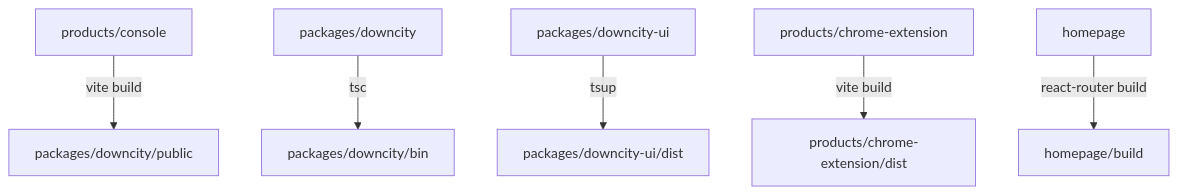
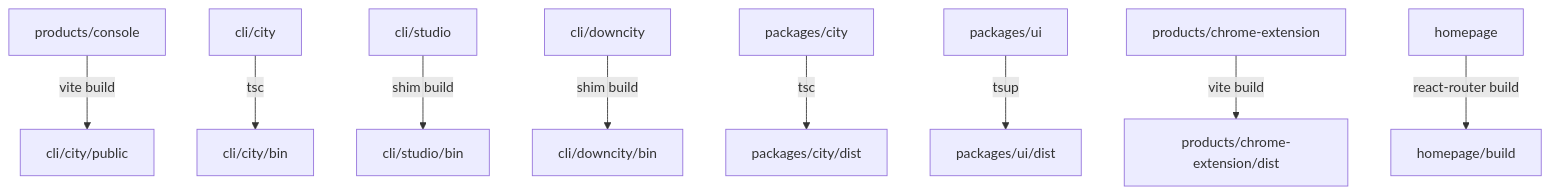
Before and after one commit to wangenius/downcity: the third of 4 diagrams in homepage/content/devdocs/zh/architecture/workspace-package-structure.mdx, drawn with Mermaid. The commit also changed other lines of this file and 278 other files, not shown here.

Commit message:
refactor(cli): split terminal packages

````diff
--- a/homepage/content/devdocs/zh/architecture/workspace-package-structure.mdx
+++ b/homepage/content/devdocs/zh/architecture/workspace-package-structure.mdx
@@ -107,8 +131,11 @@
 ```mermaid
 flowchart TD
-    ConsoleSrc["products/console"] -- vite build --> ConsolePublic["packages/downcity/public"]
-    RuntimeSrc["packages/downcity"] -- tsc --> RuntimeBin["packages/downcity/bin"]
-    UISrc["packages/downcity-ui"] -- tsup --> UIDist["packages/downcity-ui/dist"]
+    ConsoleSrc["products/console"] -- vite build --> ConsolePublic["cli/city/public"]
+    CityCliSrc["cli/city"] -- tsc --> CityCliBin["cli/city/bin"]
+    StudioCliSrc["cli/studio"] -- shim build --> StudioCliBin["cli/studio/bin"]
+    BundleSrc["cli/downcity"] -- shim build --> BundleBin["cli/downcity/bin"]
+    RuntimeSrc["packages/city"] -- tsc --> RuntimeDist["packages/city/dist"]
+    UISrc["packages/ui"] -- tsup --> UIDist["packages/ui/dist"]
     ExtensionSrc["products/chrome-extension"] -- vite build --> ExtensionDist["products/chrome-extension/dist"]
     HomepageSrc["homepage"] -- react-router build --> HomepageBuild["homepage/build"]
 ```
````
